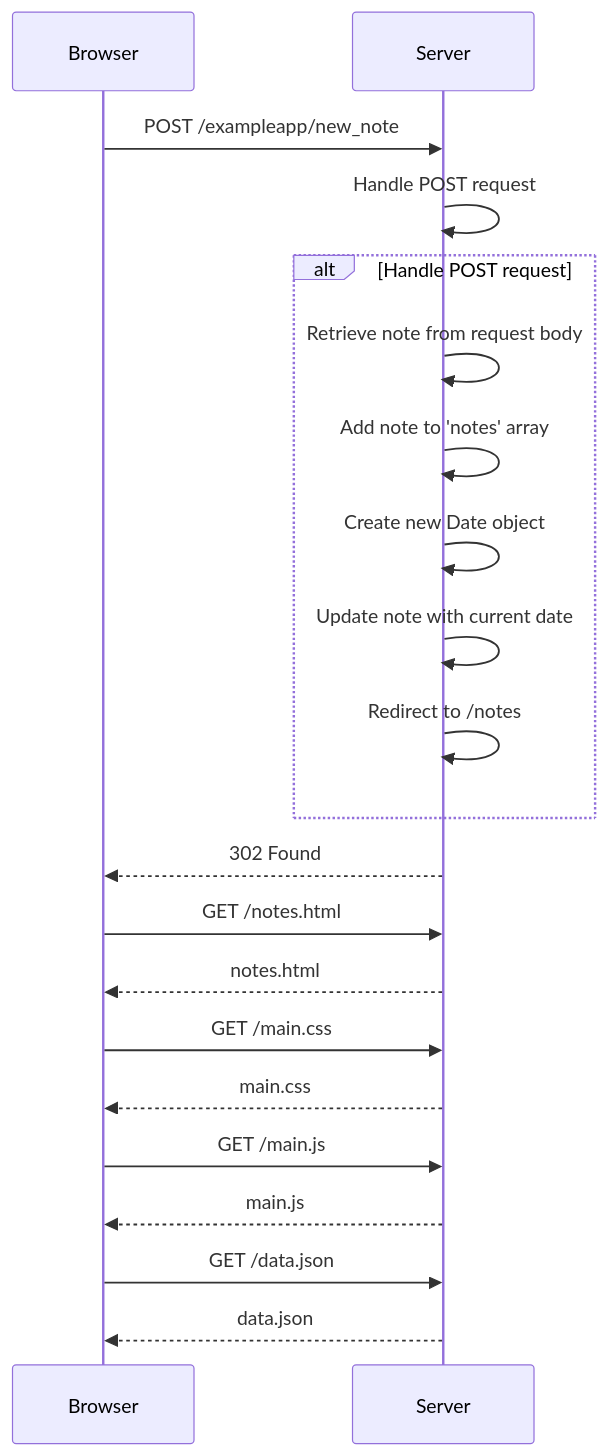
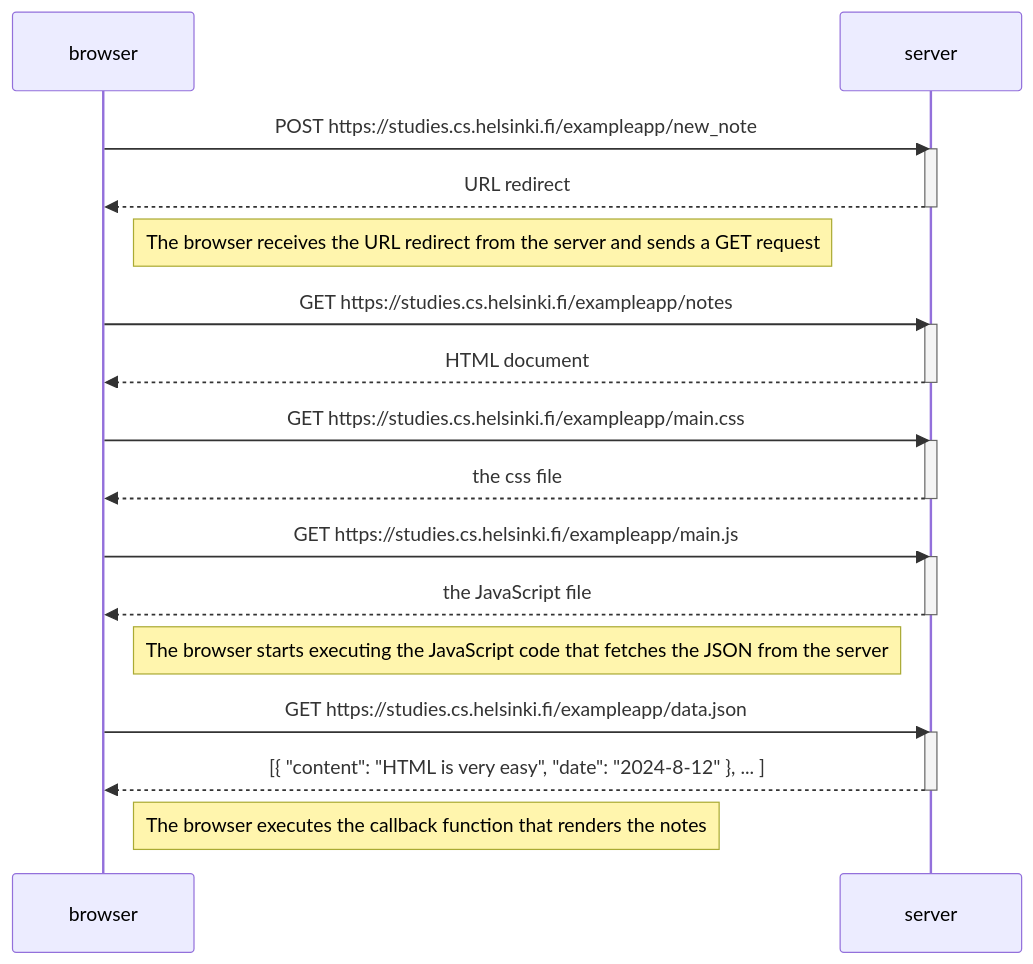
One commit to afguti/fullstackopen_helsinkiU changed the diagram in part0_fundamentalsofwebapps/exercise_4.md. Above: the diagram before and after it, drawn with Mermaid.

Commit message:
simplifying the diagram

````diff
--- a/part0_fundamentalsofwebapps/exercise_4.md
+++ b/part0_fundamentalsofwebapps/exercise_4.md
@@ -3,28 +3,36 @@
 ```mermaid
 sequenceDiagram
-    participant Browser
-    participant Server
+    participant browser
+    participant server
 
+    browser->>server: POST https://studies.cs.helsinki.fi/exampleapp/new_note
+    activate server
+    server-->>browser: URL redirect
+    deactivate server
 
+    Note right of browser: The browser receives the URL redirect from the server and sends a GET request
 
-    Browser->>Server: POST /exampleapp/new_note
-    Server->>Server: Handle POST request
+    browser->>server: GET https://studies.cs.helsinki.fi/exampleapp/notes
+    activate server
+    server-->>browser: HTML document
+    deactivate server
 
-    alt Handle POST request
-        Server->>Server: Retrieve note from request body
-        Server->>Server: Add note to 'notes' array
-        Server->>Server: Create new Date object
-        Server->>Server: Update note with current date
-        Server->>Server: Redirect to /notes
-    end
+    browser->>server: GET https://studies.cs.helsinki.fi/exampleapp/main.css
+    activate server
+    server-->>browser: the css file
+    deactivate server
 
-    Server-->>Browser: 302 Found
-    Browser->>Server: GET /notes.html
-    Server-->>Browser: notes.html
-    Browser->>Server: GET /main.css
-    Server-->>Browser: main.css
-    Browser->>Server: GET /main.js
-    Server-->>Browser: main.js
-    Browser->>Server: GET /data.json
-    Server-->>Browser: data.json
+    browser->>server: GET https://studies.cs.helsinki.fi/exampleapp/main.js
+    activate server
+    server-->>browser: the JavaScript file
+    deactivate server
+
+    Note right of browser: The browser starts executing the JavaScript code that fetches the JSON from the server
+
+    browser->>server: GET https://studies.cs.helsinki.fi/exampleapp/data.json
+    activate server
+    server-->>browser: [{ "content": "HTML is very easy", "date": "2024-8-12" }, ... ]
+    deactivate server
+
+    Note right of browser: The browser executes the callback function that renders the notes
 ```
````
